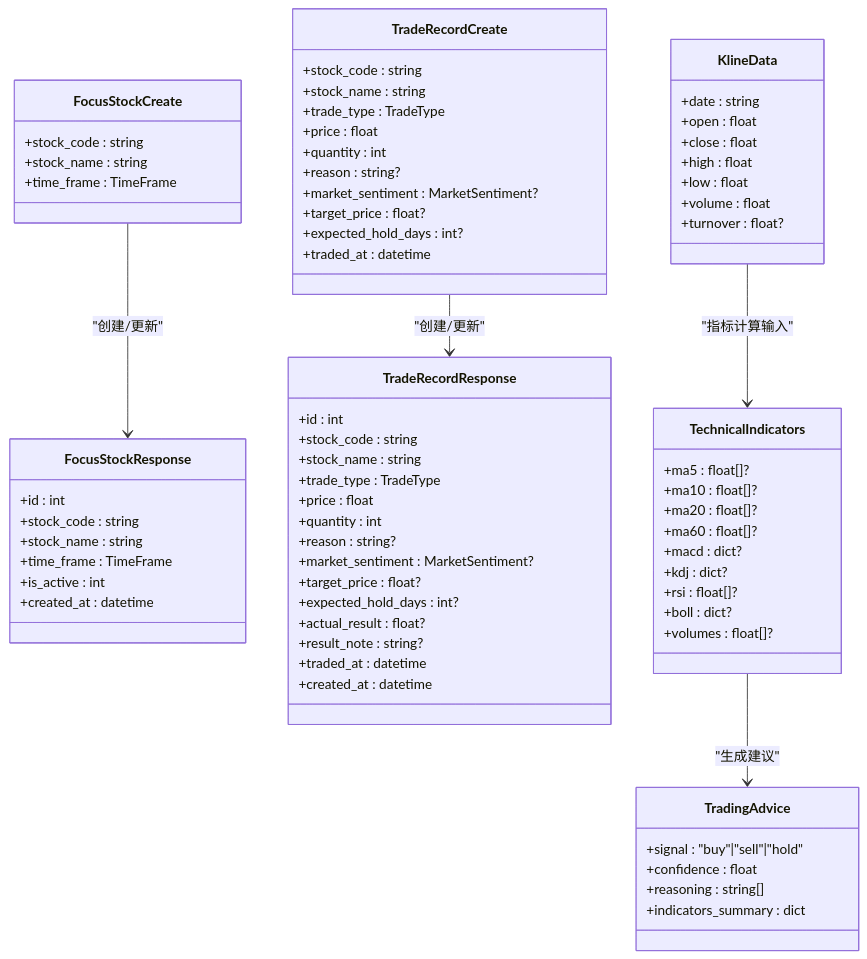
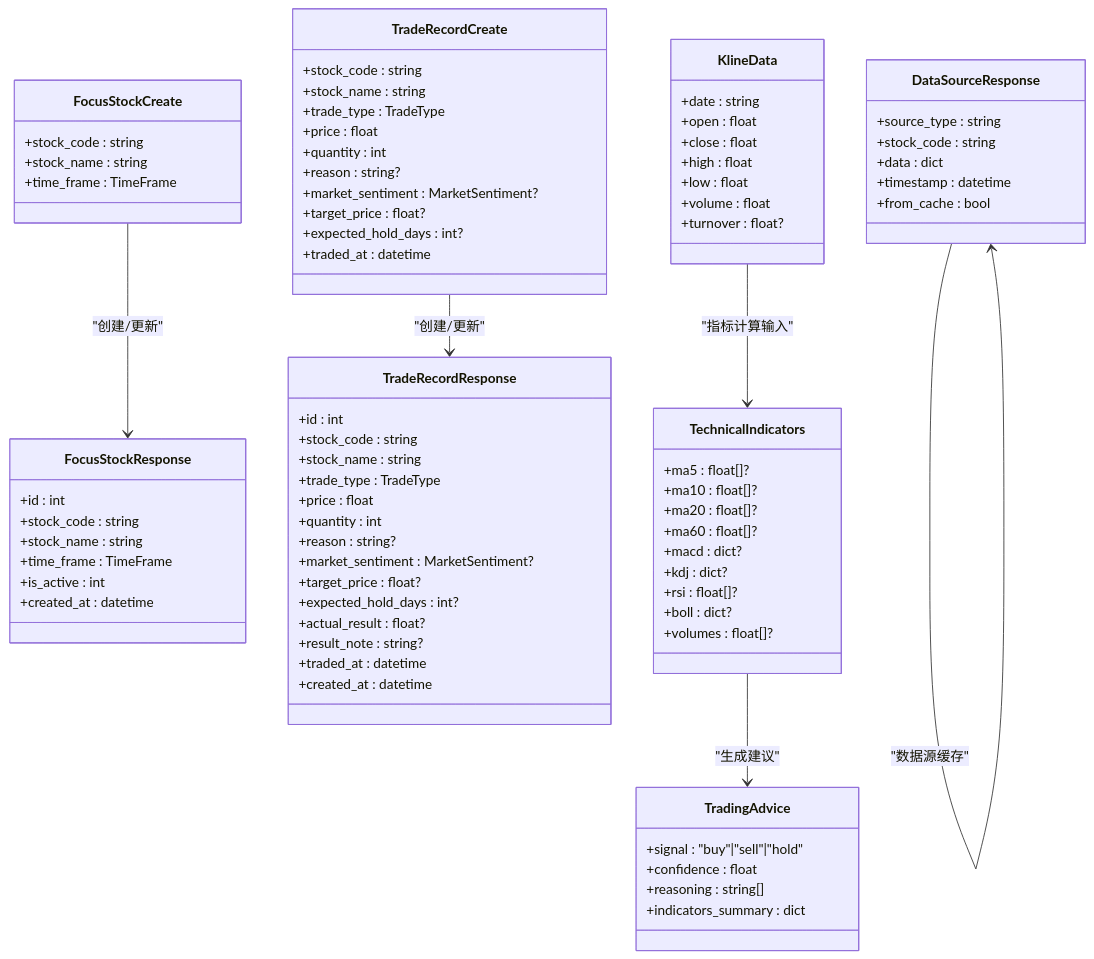
Before and after one commit to Moruime/stock_foker: the fourth of 12 diagrams in .qoder/repowiki/zh/content/架构设计/数据流设计.md, drawn with Mermaid. The commit also changed other lines of this file and 12 other files, not shown here.

````diff
--- a/.qoder/repowiki/zh/content/架构设计/数据流设计.md
+++ b/.qoder/repowiki/zh/content/架构设计/数据流设计.md
@@ -184,74 +241,82 @@
 ```mermaid
 classDiagram
 class FocusStockCreate {
 +stock_code : string
 +stock_name : string
 +time_frame : TimeFrame
 }
 class FocusStockResponse {
 +id : int
 +stock_code : string
 +stock_name : string
 +time_frame : TimeFrame
 +is_active : int
 +created_at : datetime
 }
 class TradeRecordCreate {
 +stock_code : string
 +stock_name : string
 +trade_type : TradeType
 +price : float
 +quantity : int
 +reason : string?
 +market_sentiment : MarketSentiment?
 +target_price : float?
 +expected_hold_days : int?
 +traded_at : datetime
 }
 class TradeRecordResponse {
 +id : int
 +stock_code : string
 +stock_name : string
 +trade_type : TradeType
 +price : float
 +quantity : int
 +reason : string?
 +market_sentiment : MarketSentiment?
 +target_price : float?
 +expected_hold_days : int?
 +actual_result : float?
 +result_note : string?
 +traded_at : datetime
 +created_at : datetime
 }
 class KlineData {
 +date : string
 +open : float
 +close : float
 +high : float
 +low : float
 +volume : float
 +turnover : float?
 }
 class TechnicalIndicators {
 +ma5 : float[]?
 +ma10 : float[]?
 +ma20 : float[]?
 +ma60 : float[]?
 +macd : dict?
 +kdj : dict?
 +rsi : float[]?
 +boll : dict?
 +volumes : float[]?
 }
 class TradingAdvice {
 +signal : "buy"|"sell"|"hold"
 +confidence : float
 +reasoning : string[]
 +indicators_summary : dict
 }
+class DataSourceResponse {
++source_type : string
++stock_code : string
++data : dict
++timestamp : datetime
++from_cache : bool
+}
 FocusStockCreate --> FocusStockResponse : "创建/更新"
 TradeRecordCreate --> TradeRecordResponse : "创建/更新"
 KlineData --> TechnicalIndicators : "指标计算输入"
 TechnicalIndicators --> TradingAdvice : "生成建议"
+DataSourceResponse --> DataSourceResponse : "数据源缓存"
 ```
````
